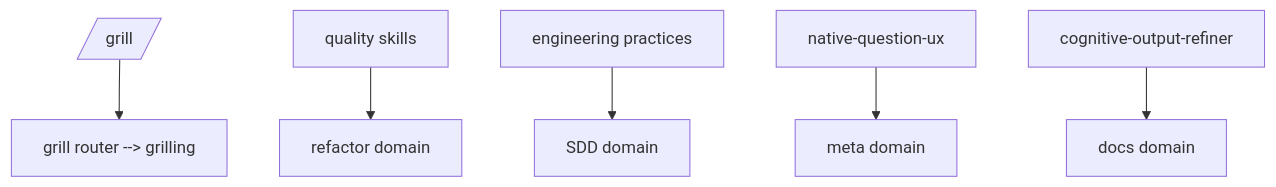
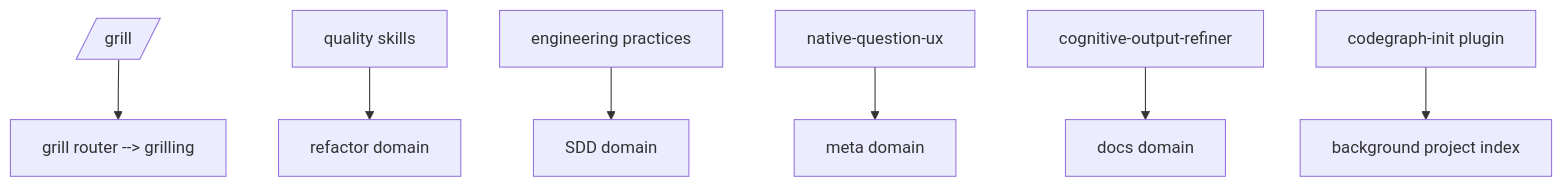
Before and after one commit to andresnator/agents-orchestrator: the diagram in domains/common/README.md, drawn with Mermaid. The commit also changed other lines of this file and 10 other files, not shown here.

First line of the commit message:
feat(codegraph-init): add background initialization plugin for CodeGraph with toast notifications

````diff
--- a/domains/common/README.md
+++ b/domains/common/README.md
@@ -9,8 +11,9 @@
 ```mermaid
 graph TD
   grillcmd[/grill/] --> grillskill[grill router --> grilling]
   quality[quality skills] --> refactor[refactor domain]
   practices[engineering practices] --> sdd[SDD domain]
   native[native-question-ux] --> meta[meta domain]
   output[cognitive-output-refiner] --> docs[docs domain]
+  codegraph[codegraph-init plugin] --> index[background project index]
 ```
````
